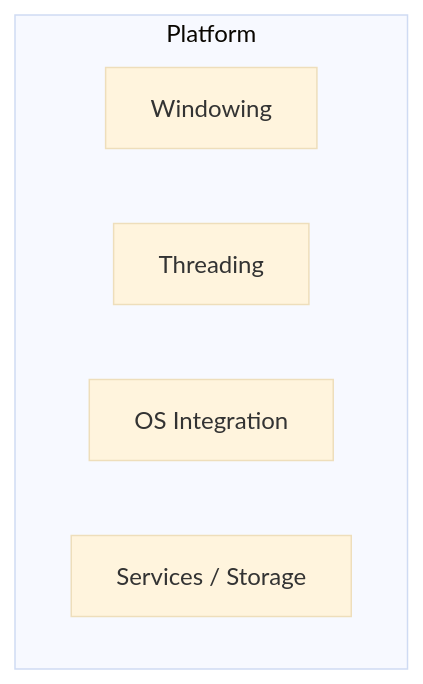
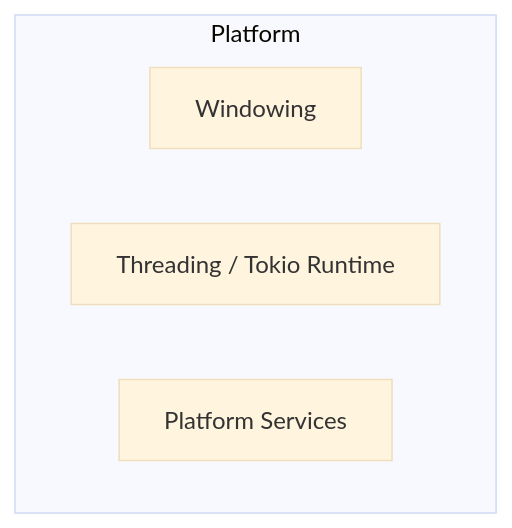
One commit to harmonius-dev/harmonius changed the sixth of 15 diagrams in docs/architecture.md. Above: the diagram before and after it, drawn with Mermaid (base theme). The commit also changed other lines of this file and 229 other files, not shown here.

````diff
--- a/docs/architecture.md
+++ b/docs/architecture.md
@@ -139,14 +341,8 @@
 ```mermaid
 graph TB
     subgraph "Platform"
         W[Windowing]
-        T[Threading]
-        OS[OS Integration]
-        SV[Services / Storage]
+        T[Threading / Tokio Runtime]
+        PS[Platform Services]
     end
-
-    click W "#platform"
-    click T "#platform"
-    click OS "#platform"
-    click SV "#platform"
 ```
````
